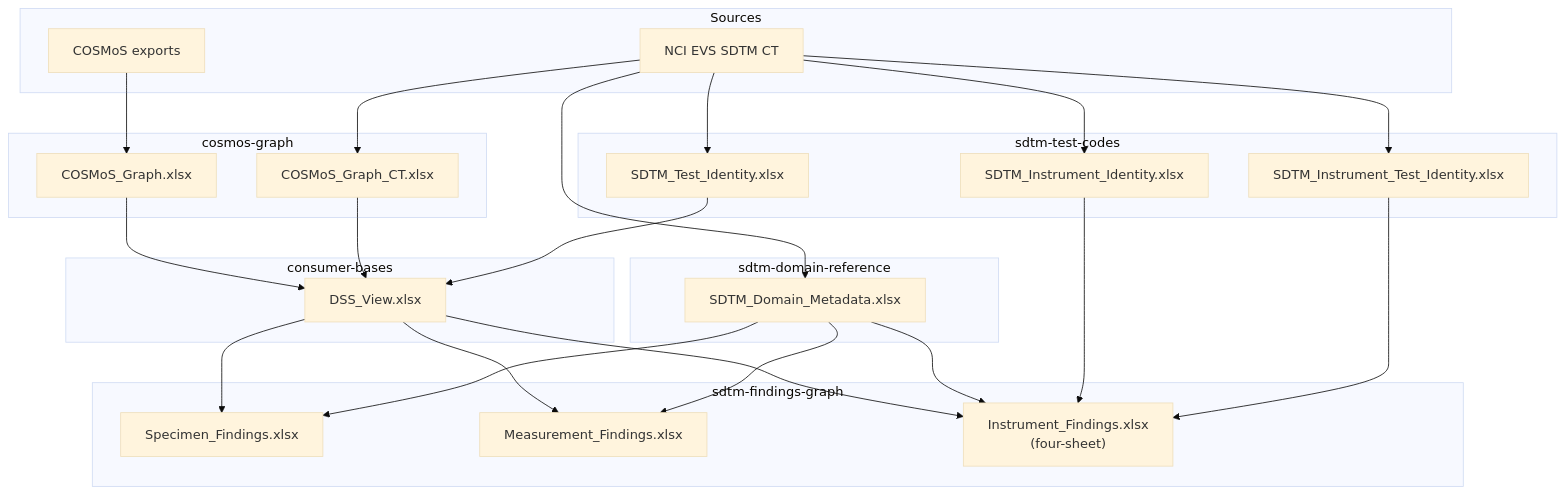
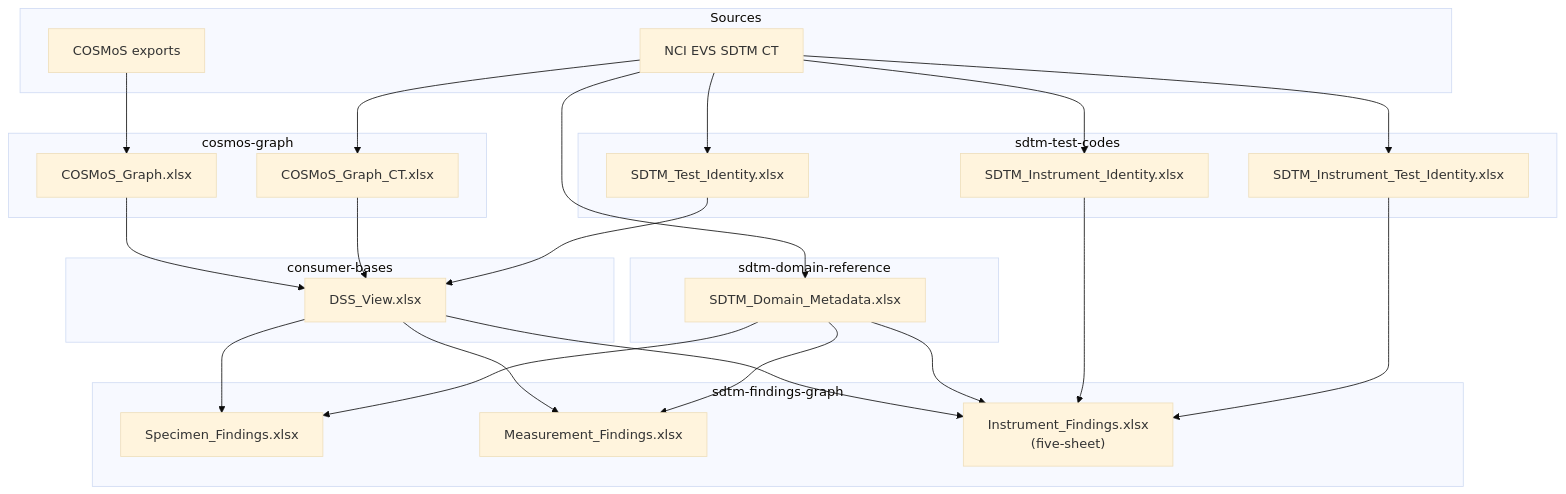
The first of 2 diagrams in docs/Data_Flow.md (kerfors/cdisc-for-ai), drawn with Mermaid (base theme) before and after one commit. The commit also changed other lines of this file and 12 other files, not shown here.

````diff
--- a/docs/Data_Flow.md
+++ b/docs/Data_Flow.md
@@ -9,52 +9,52 @@
 ```mermaid
 graph TD
     subgraph Sources
         EVS["NCI EVS SDTM CT"]
         COS["COSMoS exports"]
     end
 
     subgraph sdtm-test-codes
         TI["SDTM_Test_Identity.xlsx"]
         ITI["SDTM_Instrument_Test_Identity.xlsx"]
         II["SDTM_Instrument_Identity.xlsx"]
     end
 
     subgraph cosmos-graph
         CG["COSMoS_Graph.xlsx"]
         CGC["COSMoS_Graph_CT.xlsx"]
     end
 
     subgraph sdtm-domain-reference
         DM["SDTM_Domain_Metadata.xlsx"]
     end
 
     subgraph consumer-bases
         DV["DSS_View.xlsx"]
     end
 
     subgraph sdtm-findings-graph
         SF["Specimen_Findings.xlsx"]
         MF["Measurement_Findings.xlsx"]
-        IF["Instrument_Findings.xlsx<br/>(four-sheet)"]
+        IF["Instrument_Findings.xlsx<br/>(five-sheet)"]
     end
 
     EVS --> TI
     EVS --> ITI
     EVS --> II
     EVS --> DM
     EVS --> CGC
     COS --> CG
 
     CG --> DV
     CGC --> DV
     TI --> DV
 
     DV --> SF
     DV --> MF
     DV --> IF
     DM --> SF
     DM --> MF
     DM --> IF
     II --> IF
     ITI --> IF
 ```
````
